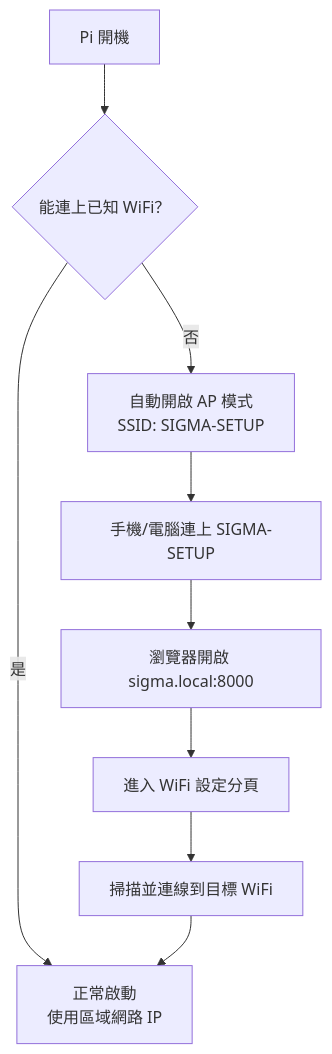
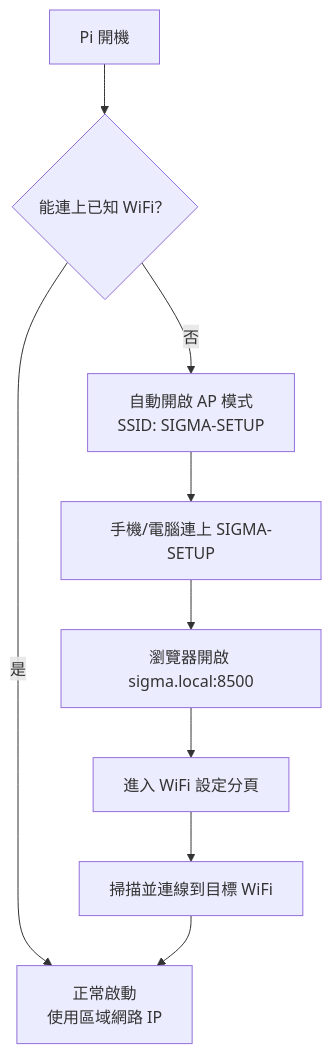
The first of 2 diagrams in docs/manual/operation-manual.md (Sigma-Snaken/sigma-button-controller), drawn with Mermaid before and after one commit. The commit also changed other lines of this file and 9 other files, not shown here.

````diff
--- a/docs/manual/operation-manual.md
+++ b/docs/manual/operation-manual.md
@@ -37,11 +37,11 @@
 ```mermaid
 graph TD
     A[Pi 開機] --> B{能連上已知 WiFi？}
     B -->|是| C[正常啟動<br>使用區域網路 IP]
     B -->|否| D[自動開啟 AP 模式<br>SSID: SIGMA-SETUP]
     D --> E[手機/電腦連上 SIGMA-SETUP]
-    E --> F[瀏覽器開啟 sigma.local:8000]
+    E --> F[瀏覽器開啟 sigma.local:8500]
     F --> G[進入 WiFi 設定分頁]
     G --> H[掃描並連線到目標 WiFi]
     H --> C
 ```
````
